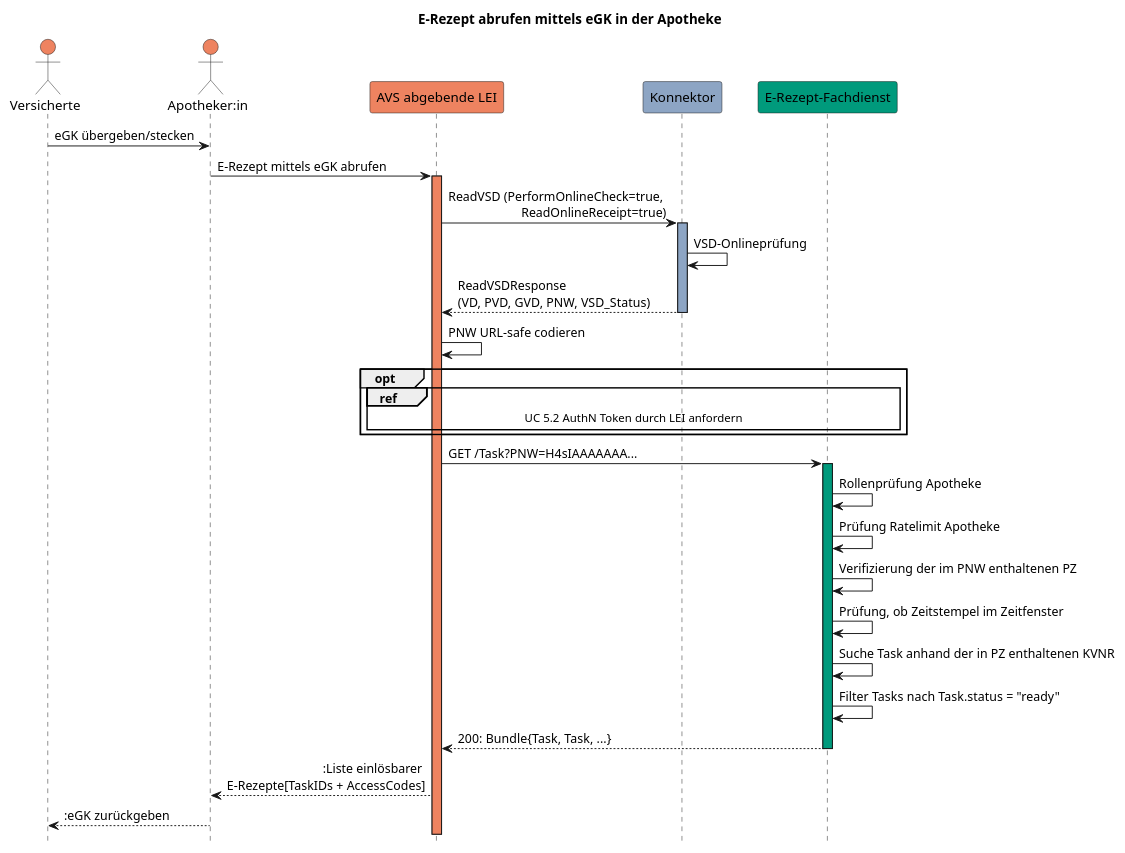
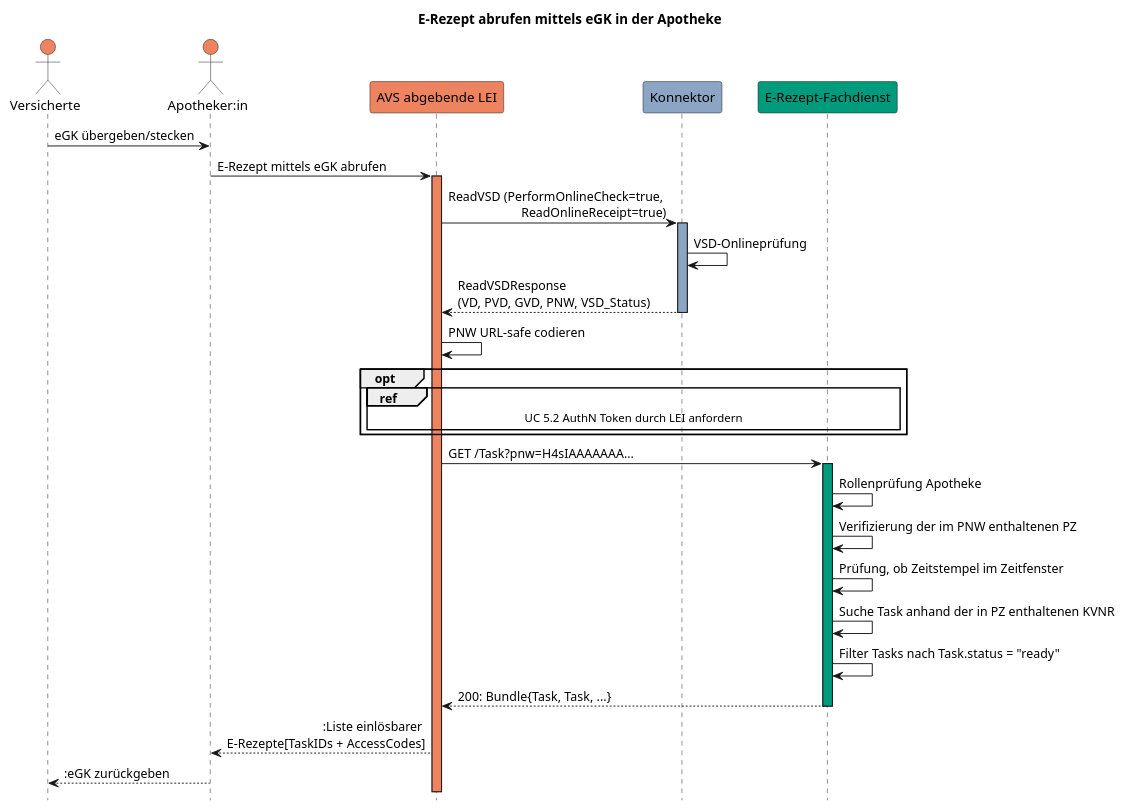
The diagram in puml/egk_abrufen.puml (gematik/api-erp), drawn with PlantUML before and after one commit. The commit also changed 3 other files, not shown here.

```diff
--- a/puml/egk_abrufen.puml
+++ b/puml/egk_abrufen.puml
@@ -1,39 +1,38 @@
 @startuml egk_abrufen
 hide footbox
 title E-Rezept abrufen mittels eGK in der Apotheke
 actor Vers as "Versicherte" #ee8360
 actor LE as "Apotheker:in" #ee8360
 participant AVS as "AVS abgebende LEI" #ee8360
 participant Konnektor #8da5c4
 participant FD as "E-Rezept-Fachdienst" #009a7c
 
 Vers -> LE: eGK übergeben/stecken
 LE -> AVS: E-Rezept mittels eGK abrufen
     activate AVS #ee8360
 AVS -> Konnektor: ReadVSD (PerformOnlineCheck=true, \rReadOnlineReceipt=true)
     activate Konnektor #8da5c4
 Konnektor -> Konnektor: VSD-Onlineprüfung
 Konnektor --> AVS: ReadVSDResponse \n(VD, PVD, GVD, PNW, VSD_Status)
     deactivate Konnektor
 AVS -> AVS: PNW URL-safe codieren
 
 group opt
     ref over AVS, Konnektor, FD
         UC 5.2 AuthN Token durch LEI anfordern
     end ref
 end
 
-AVS -> FD:  GET /Task?PNW=H4sIAAAAAAA...
+AVS -> FD:  GET /Task?pnw=H4sIAAAAAAA...
     activate FD #009a7c
 FD -> FD: Rollenprüfung Apotheke
-FD -> FD: Prüfung Ratelimit Apotheke
 FD -> FD: Verifizierung der im PNW enthaltenen PZ
 FD -> FD: Prüfung, ob Zeitstempel im Zeitfenster
 FD -> FD: Suche Task anhand der in PZ enthaltenen KVNR
 FD -> FD: Filter Tasks nach Task.status = "ready"
 FD --> AVS: 200: Bundle{Task, Task, ...}
     deactivate FD
 
 AVS --> LE: :Liste einlösbarer \rE-Rezepte[TaskIDs + AccessCodes]
 LE --> Vers: :eGK zurückgeben
 @enduml
```
